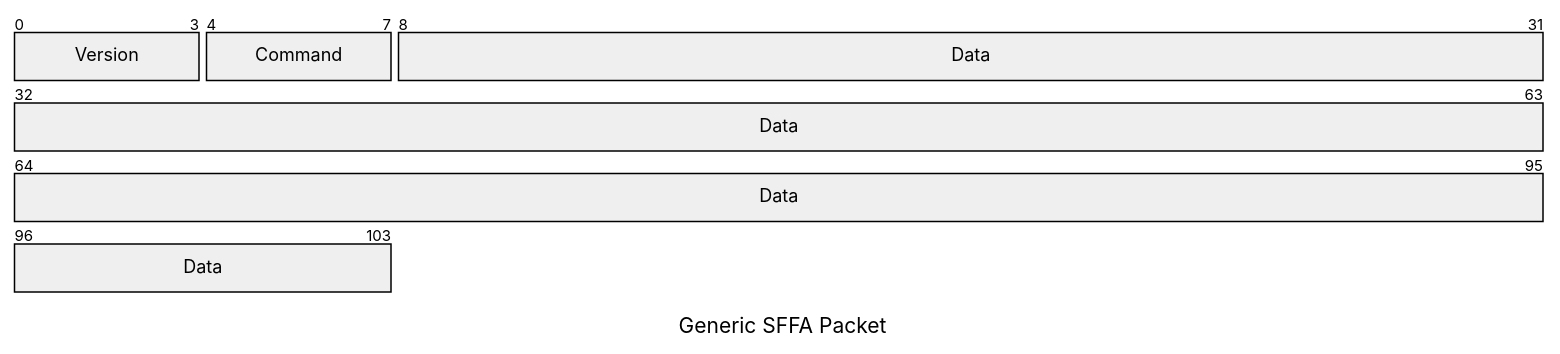
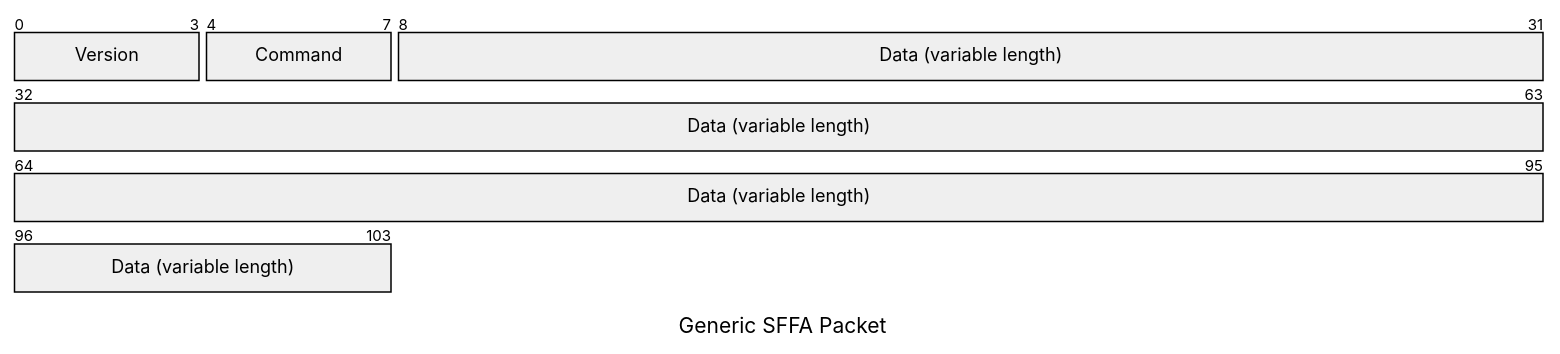
Before and after one commit to HugoDiePugo/S6-IoT: the diagram in README.md, drawn with Mermaid (neutral theme). The commit also changed other lines of this file, not shown here.

Commit message:
Update README with variable length data description

````diff
--- a/README.md
+++ b/README.md
@@ -9,9 +10,9 @@
 ```mermaid
 ---
 title: "Generic SFFA Packet"
 ---
 packet
 0-3: "Version"
 4-7: "Command"
-8-103: "Data"
+8-103: "Data (variable length)"
 ```
````
